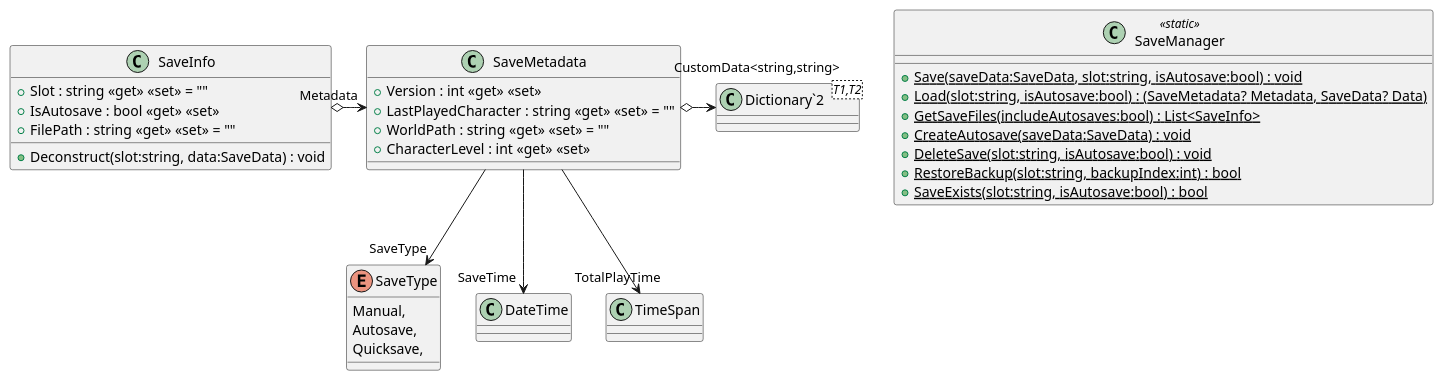
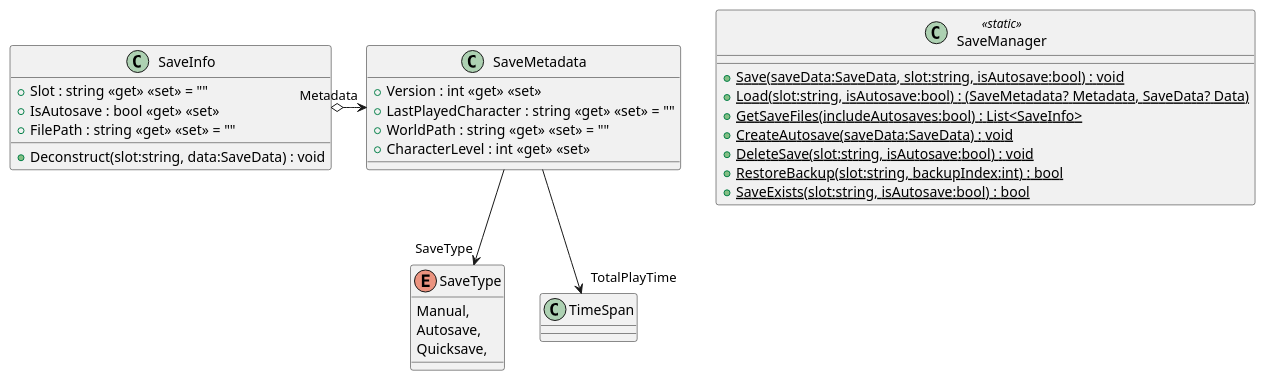
Before and after one commit to Beans69584/rpg: the diagram in RPG/puml_export/SaveManager.puml, drawn with PlantUML. The commit also changed 116 other files, not shown here.

```diff
--- a/RPG/puml_export/SaveManager.puml
+++ b/RPG/puml_export/SaveManager.puml
@@ -1,35 +1,34 @@
 @startuml
 class SaveManager <<static>> {
     + {static} Save(saveData:SaveData, slot:string, isAutosave:bool) : void
     + {static} Load(slot:string, isAutosave:bool) : (SaveMetadata? Metadata, SaveData? Data)
     + {static} GetSaveFiles(includeAutosaves:bool) : List<SaveInfo>
     + {static} CreateAutosave(saveData:SaveData) : void
     + {static} DeleteSave(slot:string, isAutosave:bool) : void
     + {static} RestoreBackup(slot:string, backupIndex:int) : bool
     + {static} SaveExists(slot:string, isAutosave:bool) : bool
 }
 class SaveInfo {
     + Slot : string <<get>> <<set>> = ""
     + IsAutosave : bool <<get>> <<set>>
     + FilePath : string <<get>> <<set>> = ""
     + Deconstruct(slot:string, data:SaveData) : void
 }
 class SaveMetadata {
     + Version : int <<get>> <<set>>
     + LastPlayedCharacter : string <<get>> <<set>> = ""
     + WorldPath : string <<get>> <<set>> = ""
     + CharacterLevel : int <<get>> <<set>>
 }
 enum SaveType {
     Manual,
     Autosave,
     Quicksave,
 }
-class "Dictionary`2"<T1,T2> {
-}
+
 SaveInfo o-> "Metadata" SaveMetadata
-SaveMetadata --> "SaveTime" DateTime
+
 SaveMetadata --> "TotalPlayTime" TimeSpan
 SaveMetadata --> "SaveType" SaveType
-SaveMetadata o-> "CustomData<string,string>" "Dictionary`2"
+
 @enduml
```
